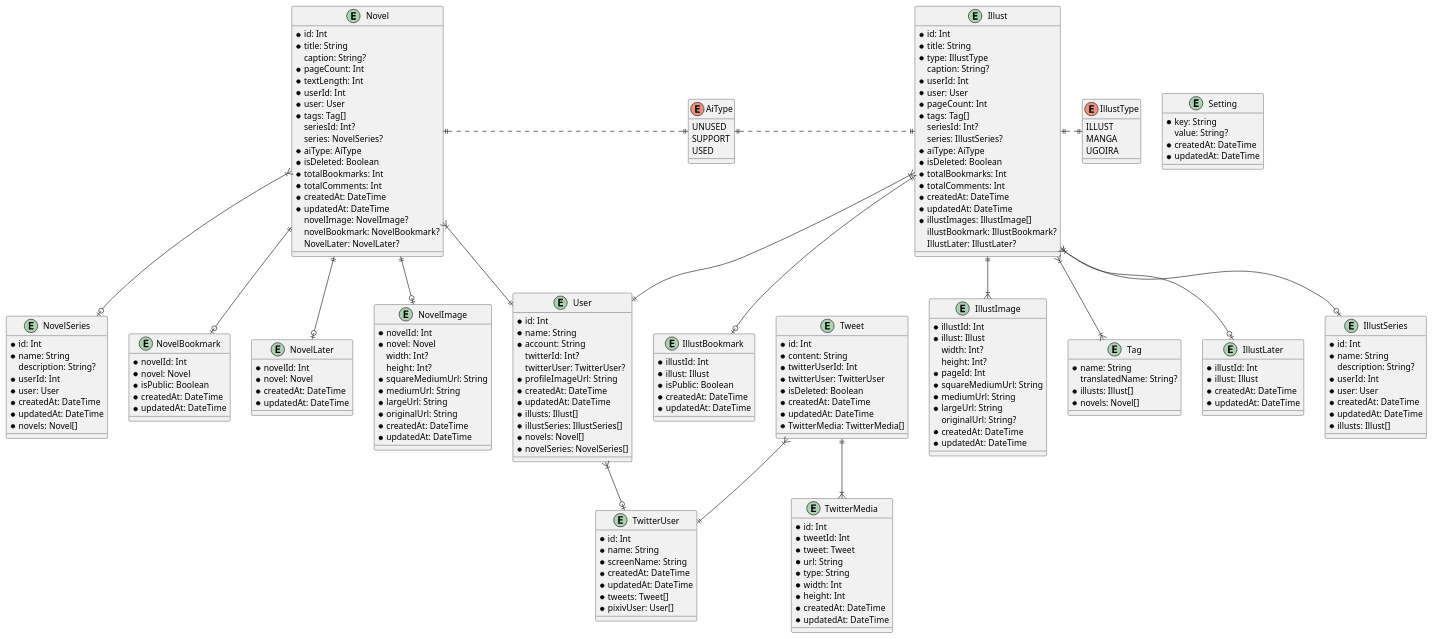
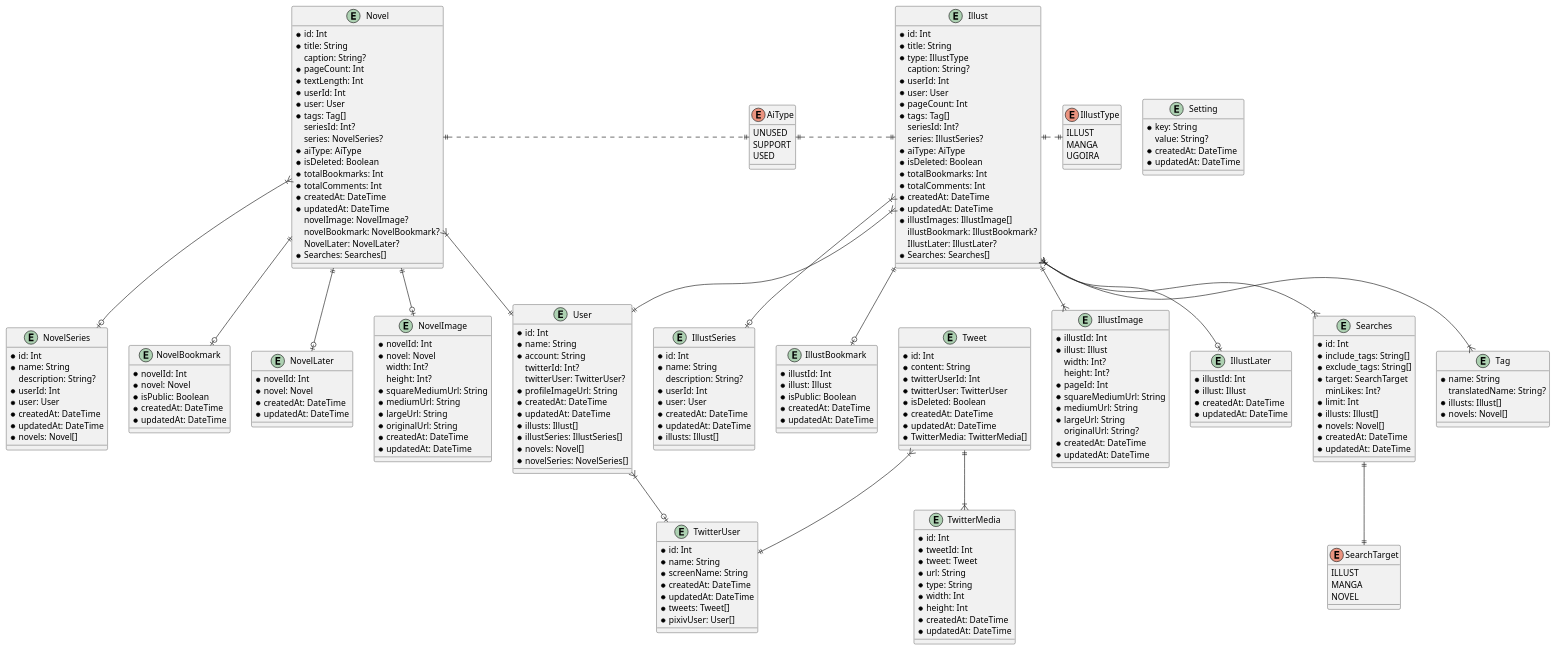
The diagram in packages/db/prisma/schema.pu (tomacheese/my-pixiv), drawn with PlantUML before and after one commit. The commit also changed 19 other files, not shown here.

```diff
--- a/packages/db/prisma/schema.pu
+++ b/packages/db/prisma/schema.pu
@@ -10,6 +10,12 @@
   UNUSED
   SUPPORT
   USED
+}
+
+enum SearchTarget {
+  ILLUST
+  MANGA
+  NOVEL
 }
 
 entity Illust {
@@ -32,6 +38,7 @@
   * illustImages: IllustImage[]
   illustBookmark: IllustBookmark?
   IllustLater: IllustLater?
+  * Searches: Searches[]
 }
 
 entity IllustSeries {
@@ -67,6 +74,13 @@
   * updatedAt: DateTime
 }
 
+entity IllustLater {
+  * illustId: Int
+  * illust: Illust
+  * createdAt: DateTime
+  * updatedAt: DateTime
+}
+
 entity Novel {
   * id: Int
   * title: String
@@ -87,6 +101,7 @@
   novelImage: NovelImage?
   novelBookmark: NovelBookmark?
   NovelLater: NovelLater?
+  * Searches: Searches[]
 }
 
 entity NovelImage {
@@ -117,6 +132,26 @@
   * novelId: Int
   * novel: Novel
   * isPublic: Boolean
+  * createdAt: DateTime
+  * updatedAt: DateTime
+}
+
+entity NovelLater {
+  * novelId: Int
+  * novel: Novel
+  * createdAt: DateTime
+  * updatedAt: DateTime
+}
+
+entity Searches {
+  * id: Int
+  * include_tags: String[]
+  * exclude_tags: String[]
+  * target: SearchTarget
+  minLikes: Int?
+  * limit: Int
+  * illusts: Illust[]
+  * novels: Novel[]
   * createdAt: DateTime
   * updatedAt: DateTime
 }
@@ -176,20 +211,6 @@
   * updatedAt: DateTime
 }
 
-entity IllustLater {
-  * illustId: Int
-  * illust: Illust
-  * createdAt: DateTime
-  * updatedAt: DateTime
-}
-
-entity NovelLater {
-  * novelId: Int
-  * novel: Novel
-  * createdAt: DateTime
-  * updatedAt: DateTime
-}
-
 entity Setting {
   * key: String
   value: String?
@@ -202,17 +223,19 @@
 Illust }|--o| IllustSeries
 Illust ||--o| IllustBookmark
 Illust ||--|{ IllustImage
+Illust ||--o| IllustLater
 Novel ||.r.|| AiType
 Novel }|--|| User
 Novel ||--o| NovelImage
 Novel }|--o| NovelSeries
 Novel ||--o| NovelBookmark
+Novel ||--o| NovelLater
+Illust }|--|{ Searches
 Illust }|--|{ Tag
 Illust }|--|| User
 Tweet }|--|| TwitterUser
 User }|--o| TwitterUser
 Tweet ||--|{ TwitterMedia
-Illust ||--o| IllustLater
-Novel ||--o| NovelLater
+Searches ||--|| SearchTarget
 
 @enduml
```
